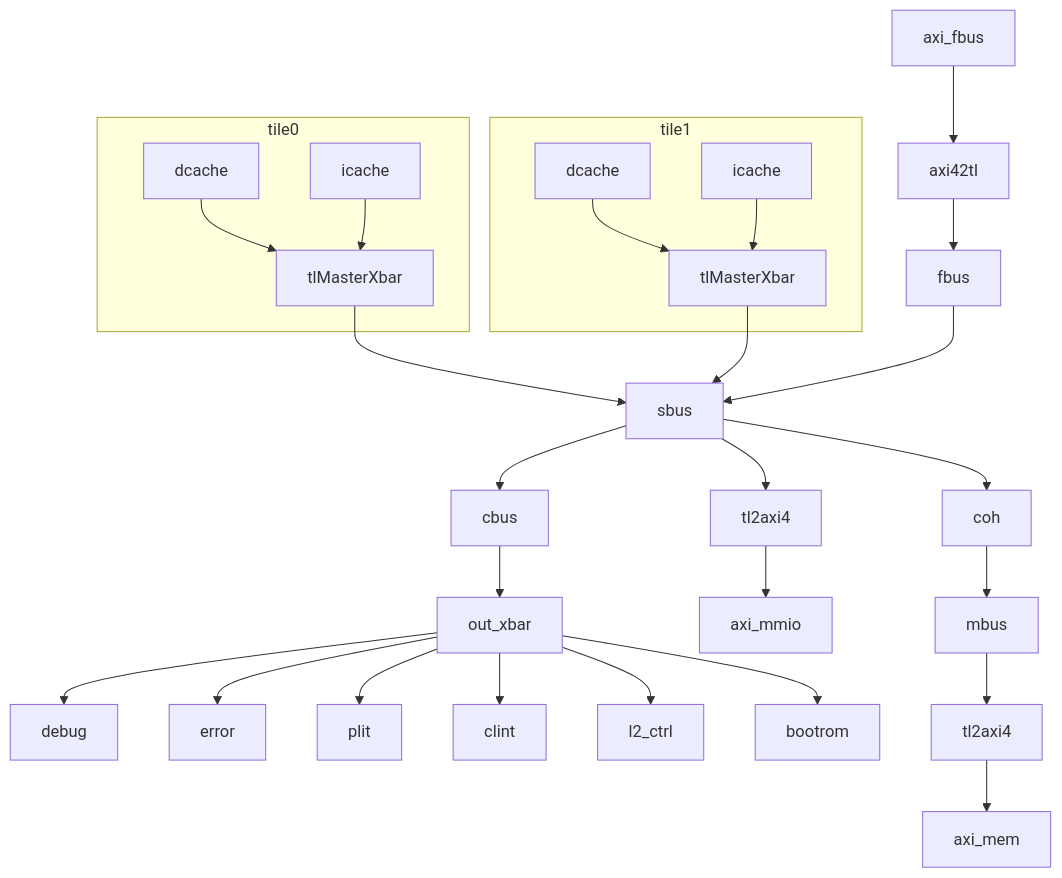
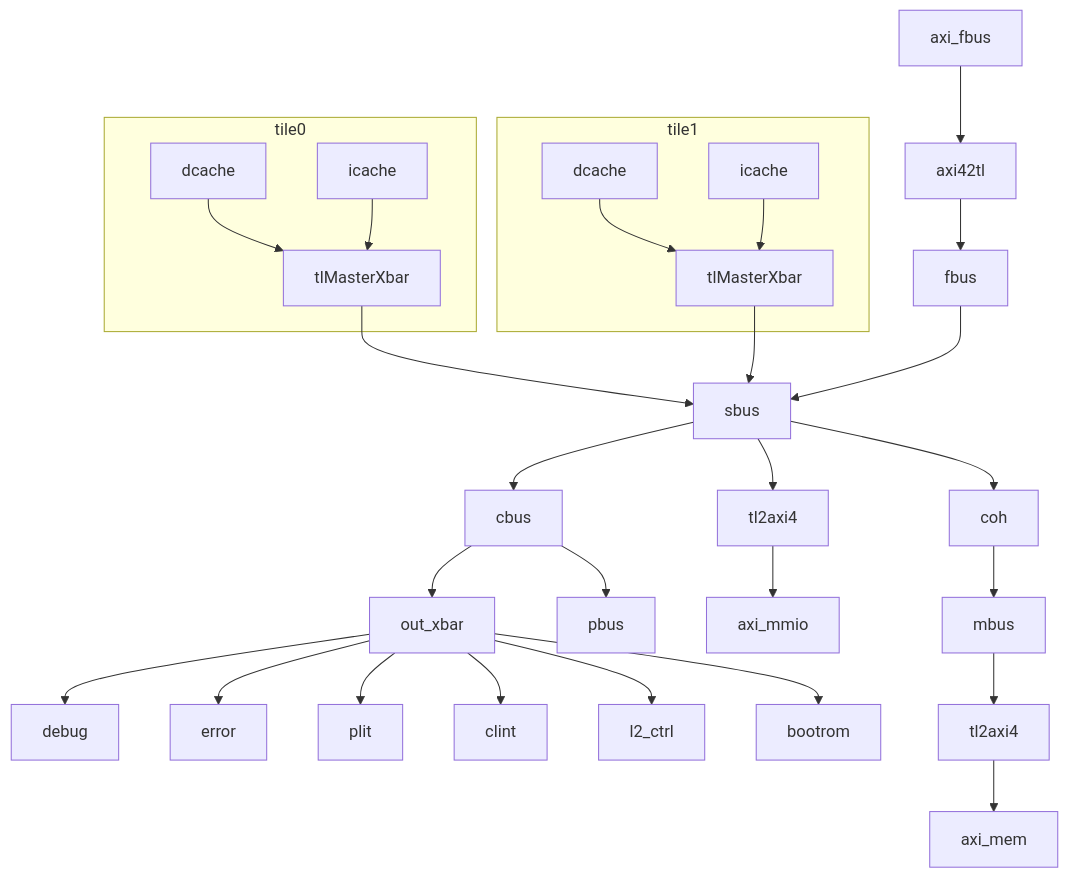
The diagram in docs/blog/posts/hardware/rocket-chip-diplomacy.md (jiegec/blog-source), drawn with Mermaid before and after one commit. The commit also changed other lines of this file, not shown here.

````diff
--- a/docs/blog/posts/hardware/rocket-chip-diplomacy.md
+++ b/docs/blog/posts/hardware/rocket-chip-diplomacy.md
@@ -65,32 +65,33 @@
 ```mermaid
 flowchart TD
     subgraph tile0
         dcache0[dcache]
         icache0[icache]
         tlMasterXbar0[tlMasterXbar]
         dcache0 --> tlMasterXbar0
         icache0 --> tlMasterXbar0
     end
 
     subgraph tile1
         dcache1[dcache]
         icache1[icache]
         tlMasterXbar1[tlMasterXbar]
         dcache1 --> tlMasterXbar1
         icache1 --> tlMasterXbar1
     end
 
     sbus
     tlMasterXbar0 --> sbus
     tlMasterXbar1 --> sbus
     axi_fbus --> axi42tl --> fbus --> sbus
     sbus --> cbus --> out_xbar
     out_xbar --> debug
     out_xbar --> error
     out_xbar --> plit
     out_xbar --> clint
     out_xbar --> l2_ctrl
     out_xbar --> bootrom
+    cbus --> pbus
     sbus --> tl2axi4_mmio[tl2axi4] --> axi_mmio
     sbus --> coh --> mbus --> tl2axi4_mem[tl2axi4] --> axi_mem
 ```
````
